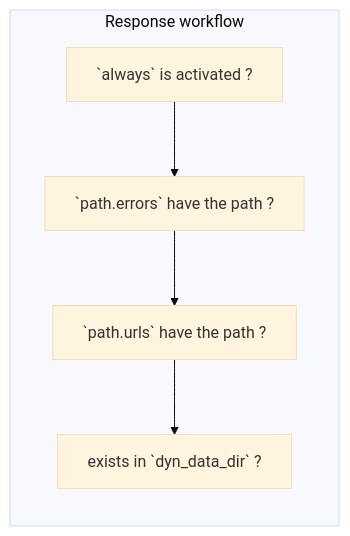
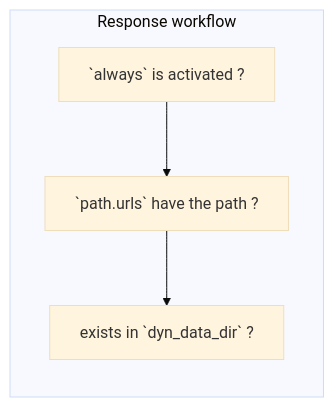
The diagram in README.md (nabbisen/apimock-rs), drawn with Mermaid (base theme) before and after one commit. The commit also changed other lines of this file and 5 other files, not shown here.

````diff
--- a/README.md
+++ b/README.md
@@ -90,9 +115,8 @@
 ```mermaid
 graph
     subgraph Response workflow
         direction TB
-        A[`always` is activated ?] --> B[`path.errors` have the path ?]
-        B --> C[`path.urls` have the path ?]
-        C --> D[exists in `dyn_data_dir` ?]
+        A[`always` is activated ?] --> B[`path.urls` have the path ?]
+        B --> C[exists in `dyn_data_dir` ?]
     end
 ```
````
